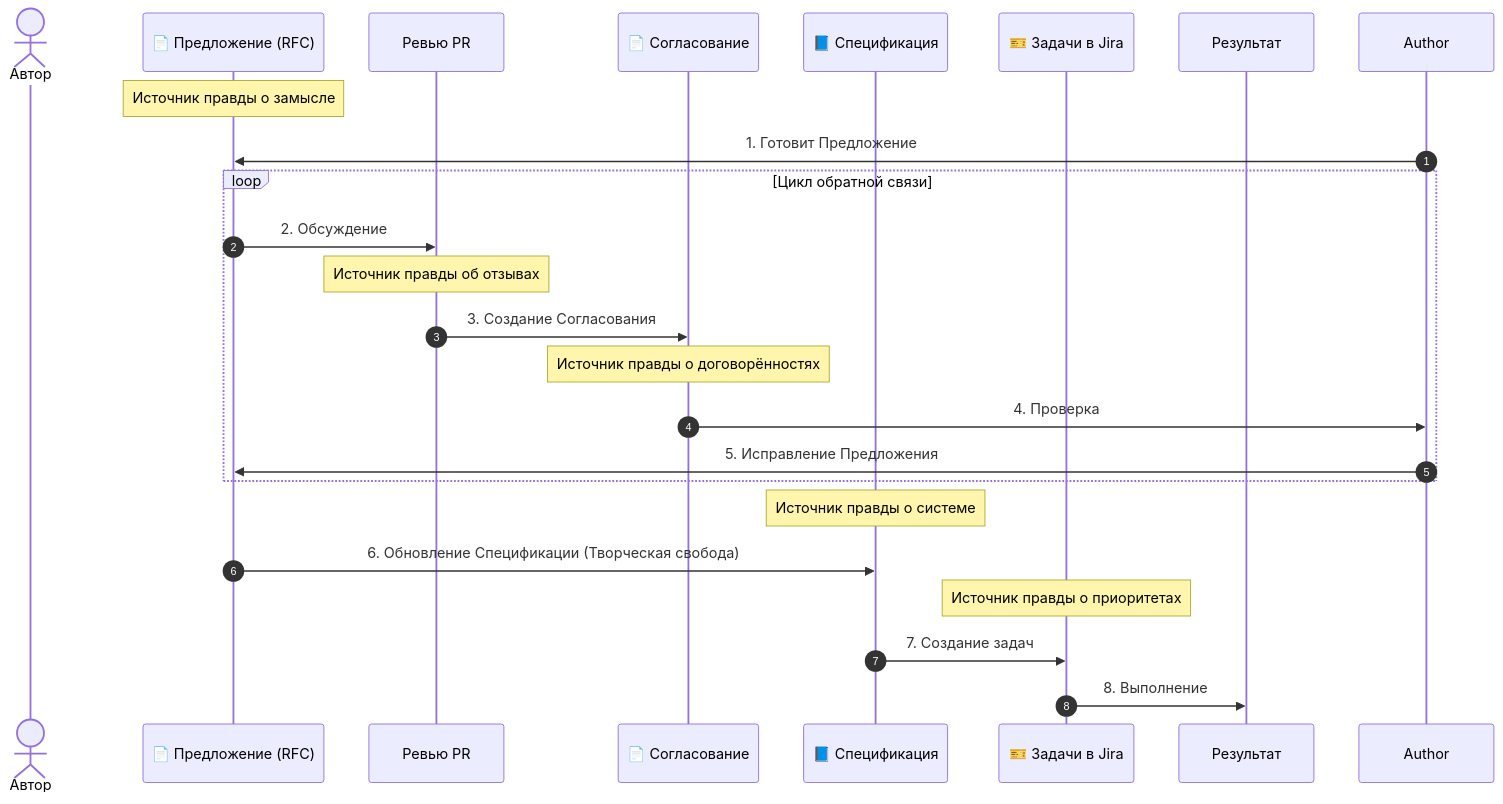
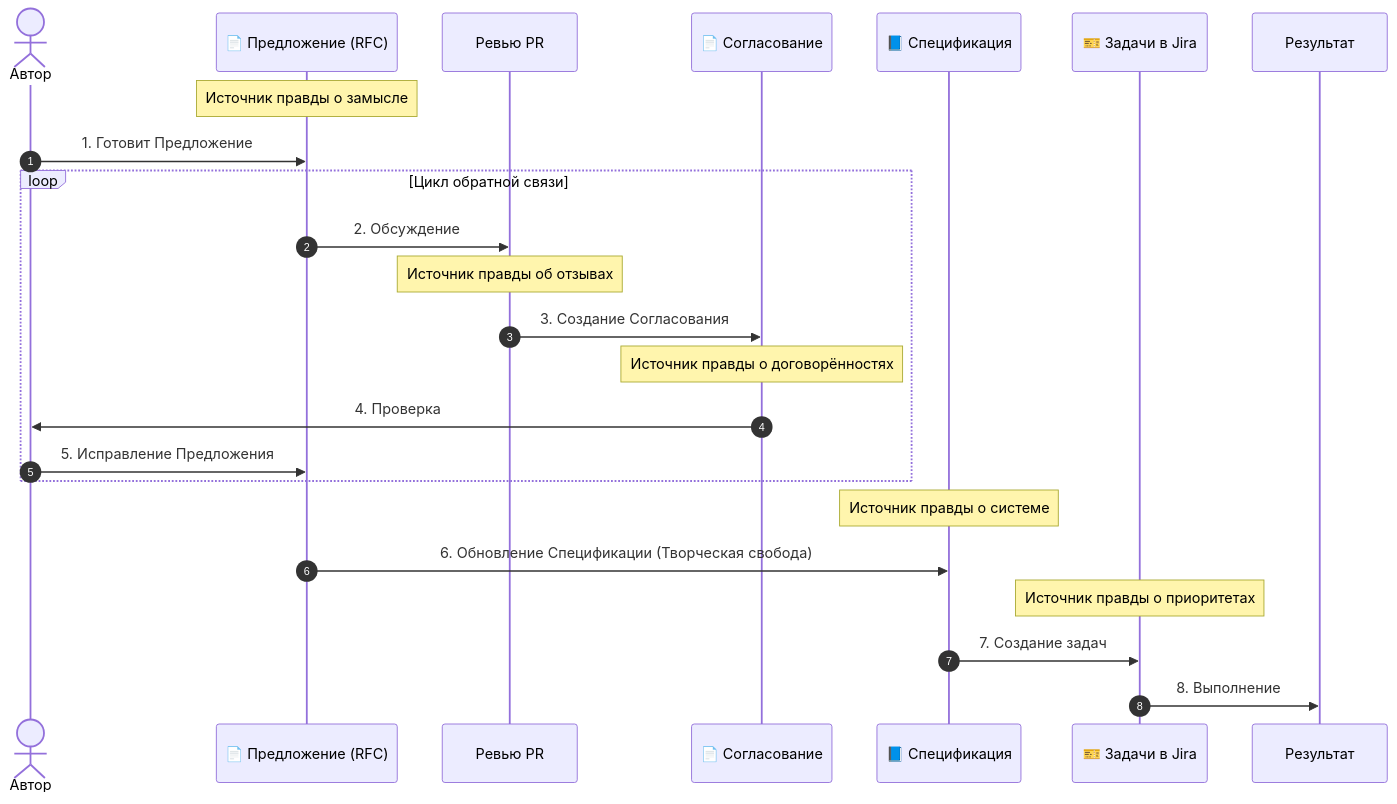
One commit to idealic-ai/docs changed the diagram in translations/simple-ru/company/02_process.md. Above: the diagram before and after it, drawn with Mermaid. The commit also changed other lines of this file, not shown here.

````diff
--- a/translations/simple-ru/company/02_process.md
+++ b/translations/simple-ru/company/02_process.md
@@ -64,30 +65,30 @@
 ```mermaid
 sequenceDiagram
     autonumber
     actor Автор
     participant Proposal as 📄 Предложение (RFC)
     participant PR as Ревью PR
     participant Alignment as 📄 Согласование
     participant Spec as 📘 Спецификация
     participant Jira as 🎫 Задачи в Jira
     participant Artifact as Результат
 
     Note over Proposal: Источник правды о замысле
-    Author->>Proposal: 1. Готовит Предложение
+    Автор->>Proposal: 1. Готовит Предложение
 
     loop Цикл обратной связи
         Proposal->>PR: 2. Обсуждение
         Note over PR: Источник правды об отзывах
         PR->>Alignment: 3. Создание Согласования
         Note over Alignment: Источник правды о договорённостях
-        Alignment->>Author: 4. Проверка
-        Author->>Proposal: 5. Исправление Предложения
+        Alignment->>Автор: 4. Проверка
+        Автор->>Proposal: 5. Исправление Предложения
     end
 
     Note over Spec: Источник правды о системе
     Proposal->>Spec: 6. Обновление Спецификации (Творческая свобода)
 
     Note over Jira: Источник правды о приоритетах
     Spec->>Jira: 7. Создание задач
     Jira->>Artifact: 8. Выполнение
 ```
````
